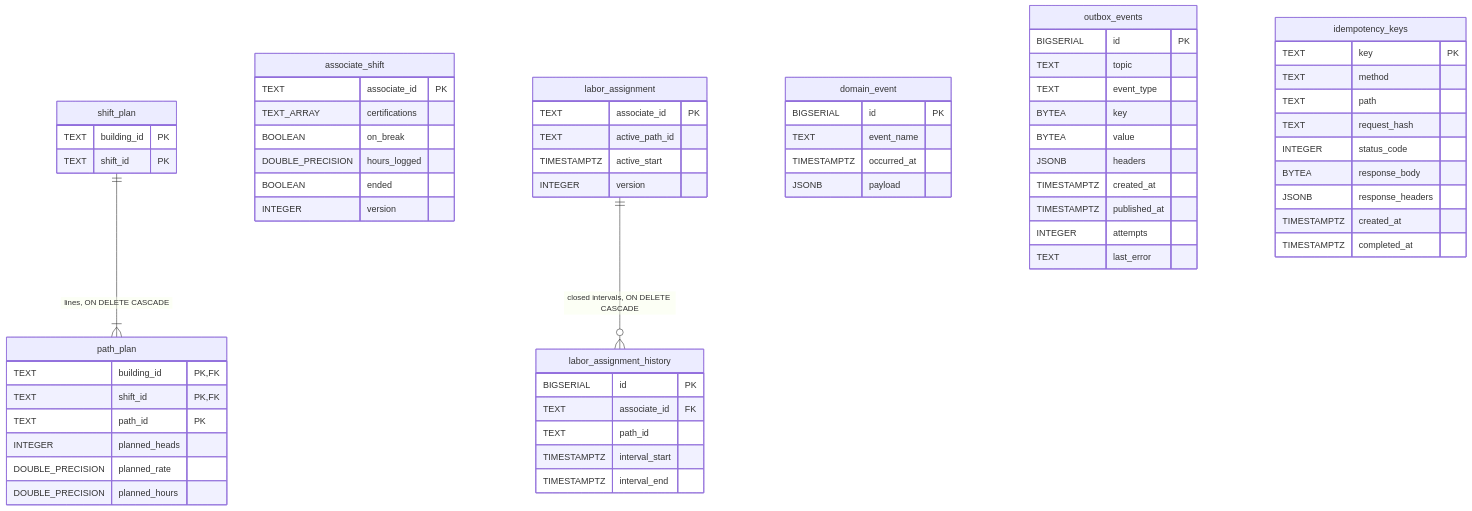
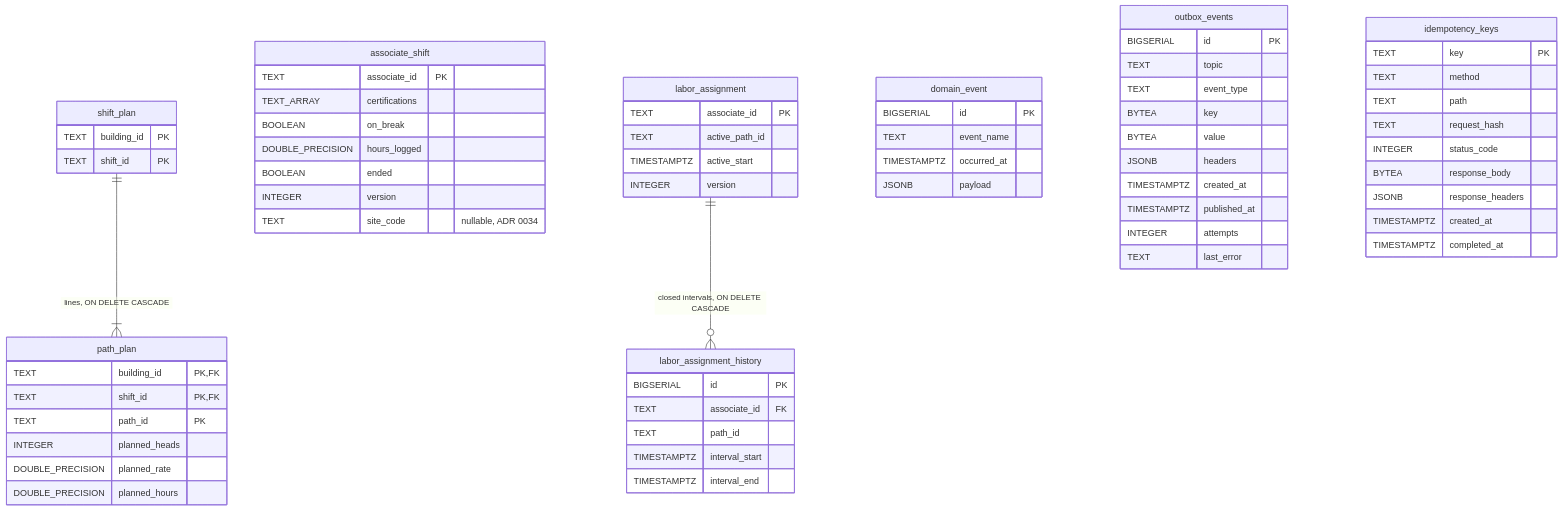
One commit to IQVO/warehouse-docs changed the first of 2 diagrams in docs/contexts/workforce-management/entity-relationship.md. Above: the diagram before and after it, drawn with Mermaid. The commit also changed other lines of this file and 318 other files, not shown here.

````diff
--- a/docs/contexts/workforce-management/entity-relationship.md
+++ b/docs/contexts/workforce-management/entity-relationship.md
@@ -25,67 +25,68 @@
 ```mermaid
 erDiagram
     shift_plan {
         TEXT building_id PK
         TEXT shift_id PK
     }
     path_plan {
         TEXT building_id PK,FK
         TEXT shift_id PK,FK
         TEXT path_id PK
         INTEGER planned_heads
         DOUBLE_PRECISION planned_rate
         DOUBLE_PRECISION planned_hours
     }
     associate_shift {
         TEXT associate_id PK
         TEXT_ARRAY certifications
         BOOLEAN on_break
         DOUBLE_PRECISION hours_logged
         BOOLEAN ended
         INTEGER version
+        TEXT site_code "nullable, ADR 0034"
     }
     labor_assignment {
         TEXT associate_id PK
         TEXT active_path_id
         TIMESTAMPTZ active_start
         INTEGER version
     }
     labor_assignment_history {
         BIGSERIAL id PK
         TEXT associate_id FK
         TEXT path_id
         TIMESTAMPTZ interval_start
         TIMESTAMPTZ interval_end
     }
     domain_event {
         BIGSERIAL id PK
         TEXT event_name
         TIMESTAMPTZ occurred_at
         JSONB payload
     }
     outbox_events {
         BIGSERIAL id PK
         TEXT topic
         TEXT event_type
         BYTEA key
         BYTEA value
         JSONB headers
         TIMESTAMPTZ created_at
         TIMESTAMPTZ published_at
         INTEGER attempts
         TEXT last_error
     }
     idempotency_keys {
         TEXT key PK
         TEXT method
         TEXT path
         TEXT request_hash
         INTEGER status_code
         BYTEA response_body
         JSONB response_headers
         TIMESTAMPTZ created_at
         TIMESTAMPTZ completed_at
     }
     shift_plan ||--|{ path_plan : "lines, ON DELETE CASCADE"
     labor_assignment ||--o{ labor_assignment_history : "closed intervals, ON DELETE CASCADE"
 ```
````
